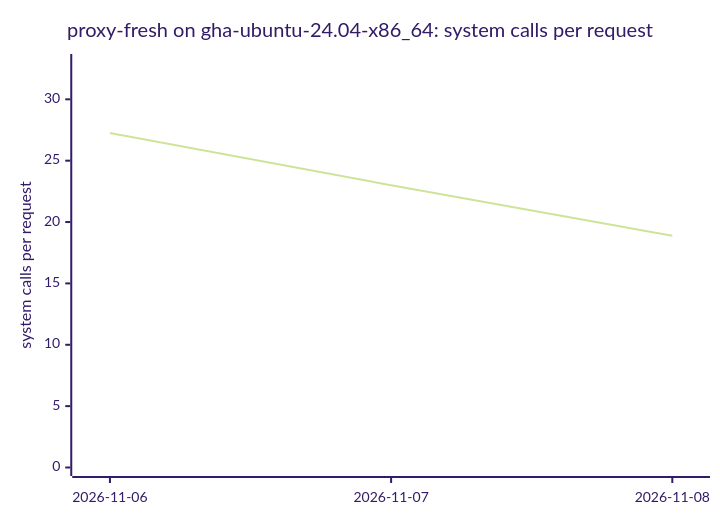
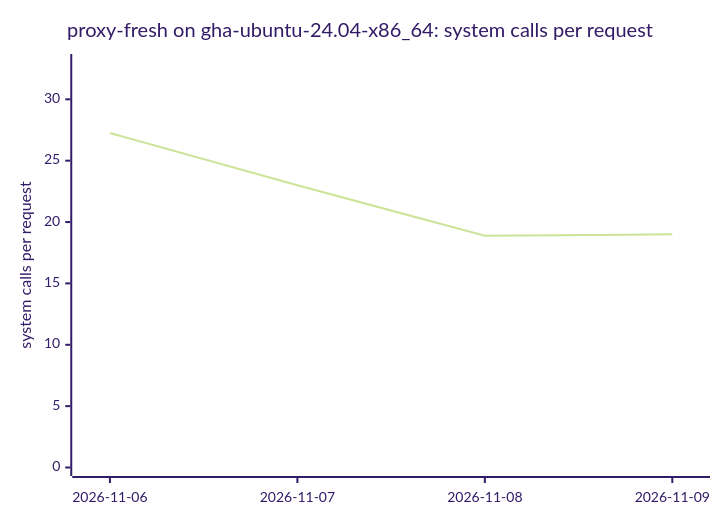
Diagram 14 of 18 in BENCHMARKS.md (ThePixelPilgrim/durchlauferhitzer), drawn with Mermaid (forest theme) before and after one commit. The commit also changed other lines of this file and 1 other file, not shown here.

````diff
--- a/BENCHMARKS.md
+++ b/BENCHMARKS.md
@@ -147,7 +158,7 @@
 ```mermaid
 xychart-beta
   title "proxy-fresh on gha-ubuntu-24.04-x86_64: system calls per request"
-  x-axis ["2026-11-06", "2026-11-07", "2026-11-08"]
+  x-axis ["2026-11-06", "2026-11-07", "2026-11-08", "2026-11-09"]
   y-axis "system calls per request" 0 --> 33
-  line [27.25, 23.00, 18.88]
+  line [27.25, 23.00, 18.88, 19.00]
 ```
````
